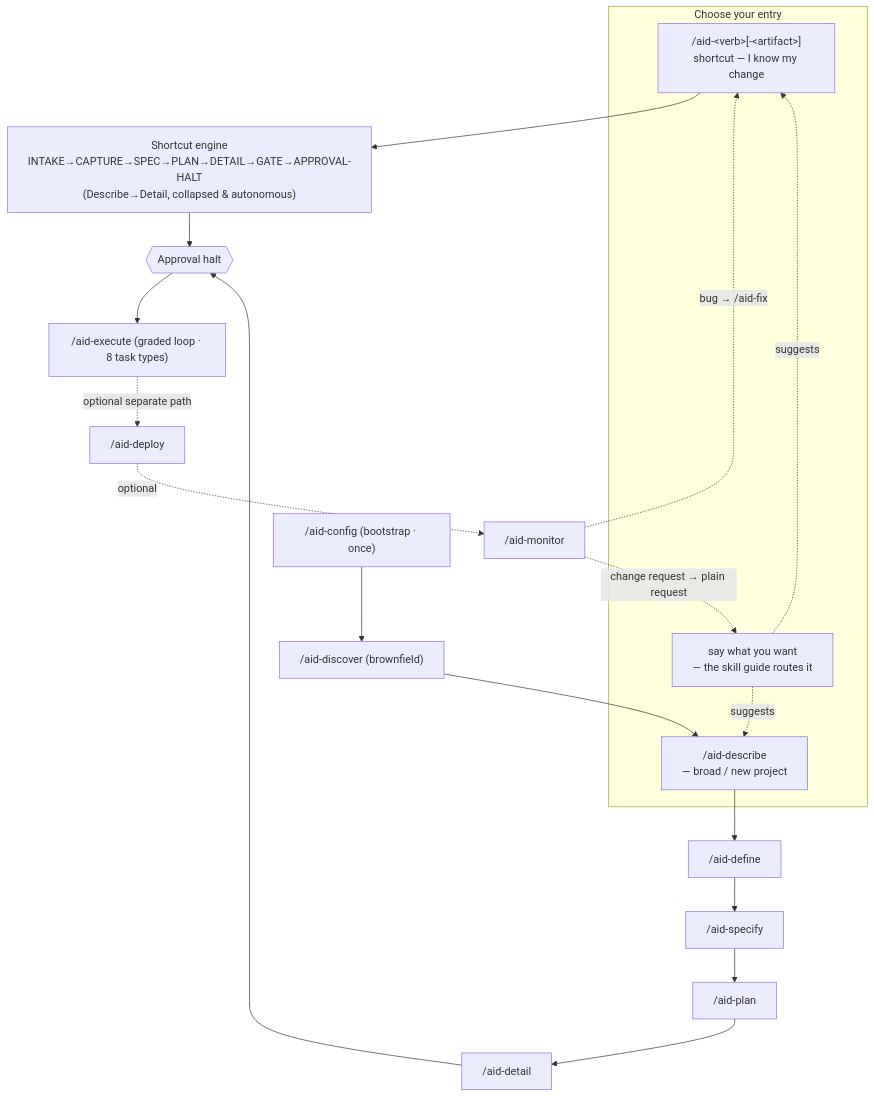
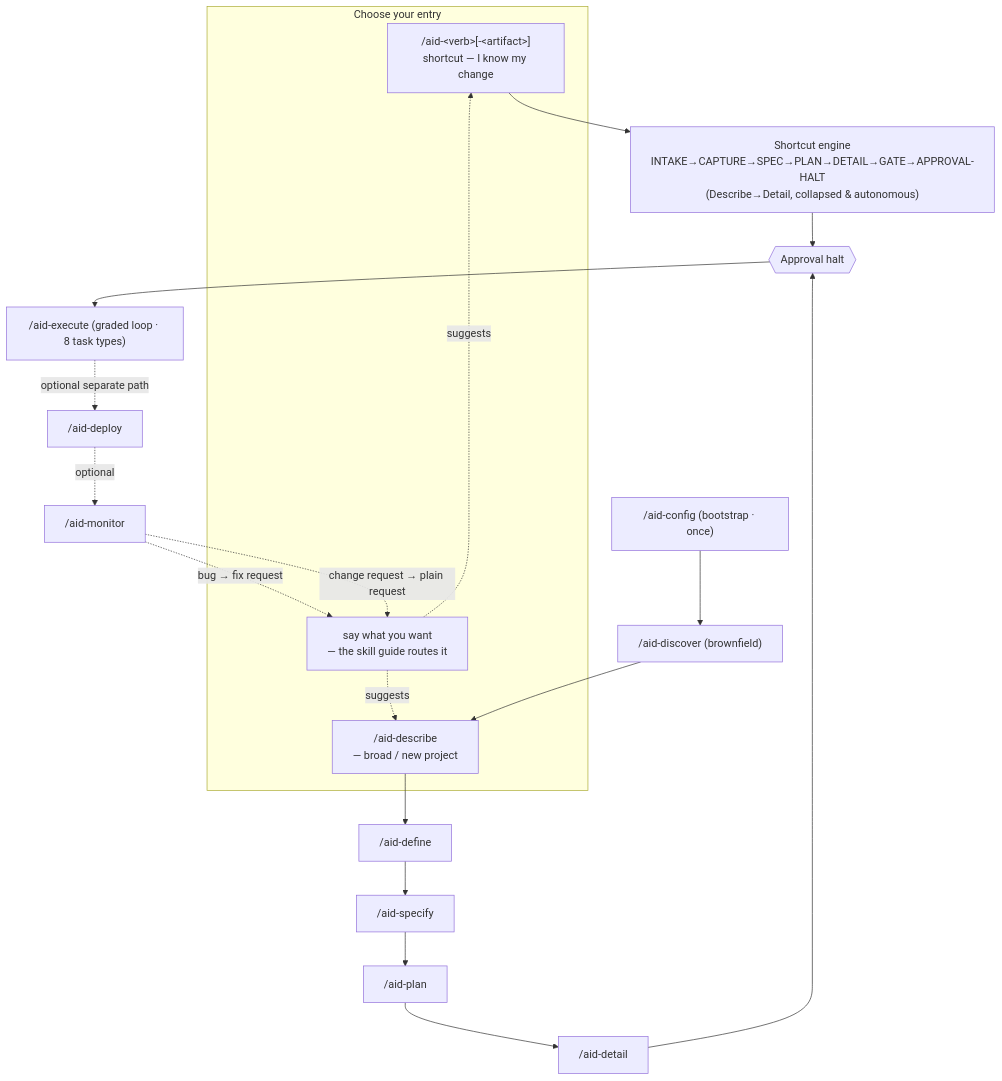
One commit to AndreVianna/aid-methodology changed the diagram in site/src/content/docs/guides/pipeline.mdx. Above: the diagram before and after it, drawn with Mermaid. The commit also changed other lines of this file and 141 other files, not shown here.

````diff
--- a/site/src/content/docs/guides/pipeline.mdx
+++ b/site/src/content/docs/guides/pipeline.mdx
@@ -24,25 +24,25 @@
 ```mermaid
 flowchart TD
     subgraph Entry["Choose your entry"]
         SC["/aid-&lt;verb&gt;[-&lt;artifact&gt;]<br/>shortcut — I know my change"]
         TR["say what you want<br/>— the skill guide routes it"]
         DS["/aid-describe<br/>— broad / new project"]
     end
     TR -. suggests .-> SC
     TR -. suggests .-> DS
 
     CFG["/aid-config (bootstrap · once)"] --> DISC["/aid-discover (brownfield)"]
     DISC --> DS
 
     SC --> ENG["Shortcut engine<br/>INTAKE→CAPTURE→SPEC→PLAN→DETAIL→GATE→APPROVAL-HALT<br/>(Describe→Detail, collapsed &amp; autonomous)"]
     ENG --> HALT{{"Approval halt"}}
 
     DS --> DEF["/aid-define"] --> SPC["/aid-specify"] --> PLN["/aid-plan"] --> DTL["/aid-detail"]
     DTL --> HALT
 
     HALT --> EXE["/aid-execute (graded loop · 8 task types)"]
     EXE -. "optional separate path" .-> DEP["/aid-deploy"]
     DEP -. optional .-> MON["/aid-monitor"]
-    MON -. "bug → /aid-fix" .-> SC
+    MON -. "bug → fix request" .-> TR
     MON -. "change request → plain request" .-> TR
 ```
````
